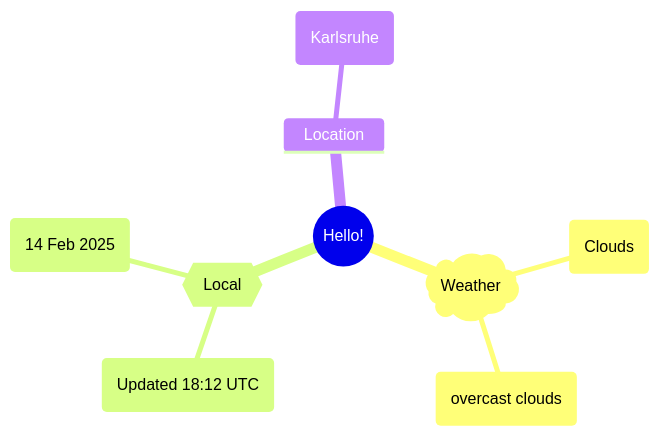
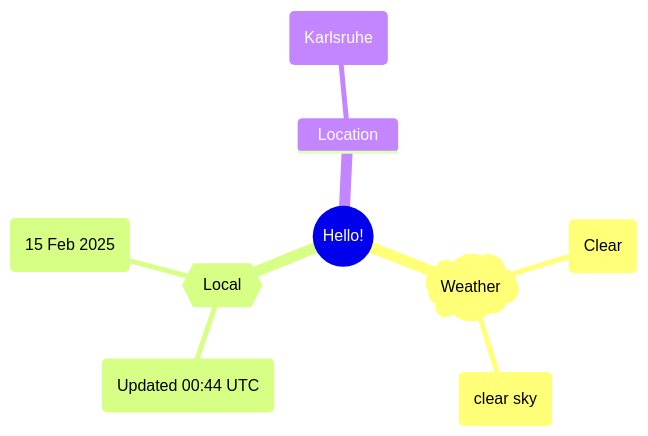
Before and after one commit to Xosrov/Xosrov: the first of 2 diagrams in README.md, drawn with Mermaid.

Commit message:
[bot] updated images

````diff
--- a/README.md
+++ b/README.md
@@ -3,12 +3,12 @@
 ```mermaid
 mindmap
   root((Hello!))
     )Weather(
-        (Clouds)
-        (overcast clouds)
+        (Clear)
+        (clear sky)
     {{Local}}
-        (Updated 18:12 UTC)
-        (14 Feb 2025)
+        (Updated 00:44 UTC)
+        (15 Feb 2025)
     Location
         (Karlsruhe)
 ```
````
